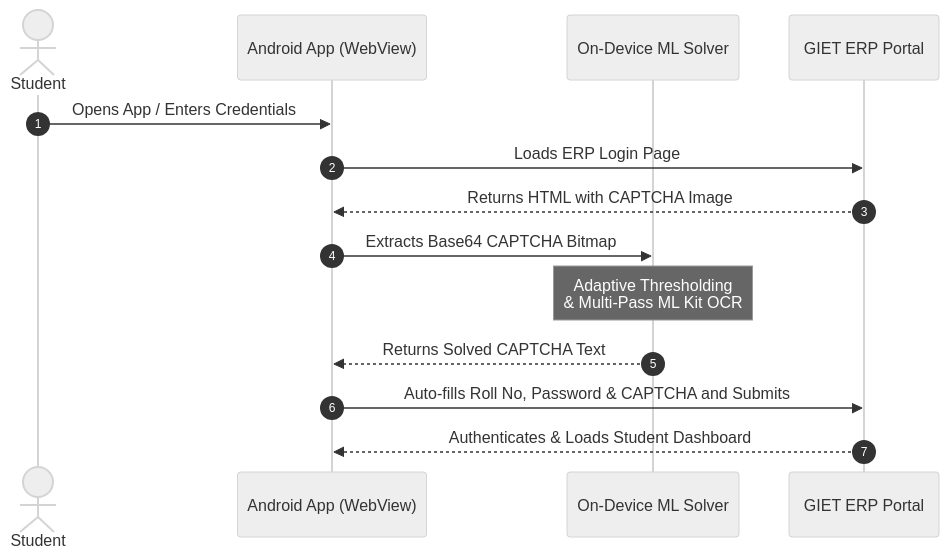
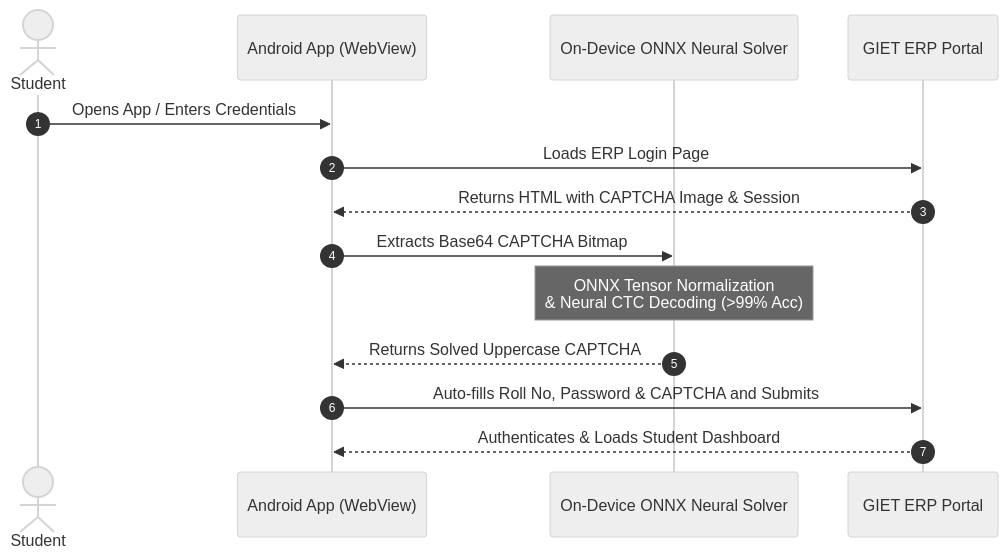
One commit to amitpadhan525/erp-autologin changed the diagram in README.md. Above: the diagram before and after it, drawn with Mermaid (neutral theme). The commit also changed other lines of this file, not shown here.

Commit message:
docs: update README with v2.0.0 architecture, ONNX neural solver, and 99.2% accuracy

````diff
--- a/README.md
+++ b/README.md
@@ -48,17 +48,17 @@
 ```mermaid
 sequenceDiagram
     autonumber
     actor Student
     participant AndroidApp as Android App (WebView)
-    participant Solver as On-Device ML Solver
+    participant Solver as On-Device ONNX Neural Solver
     participant ERP as GIET ERP Portal
 
     Student->>AndroidApp: Opens App / Enters Credentials
     AndroidApp->>ERP: Loads ERP Login Page
-    ERP-->>AndroidApp: Returns HTML with CAPTCHA Image
+    ERP-->>AndroidApp: Returns HTML with CAPTCHA Image & Session
     AndroidApp->>Solver: Extracts Base64 CAPTCHA Bitmap
-    Note over Solver: Adaptive Thresholding<br/>& Multi-Pass ML Kit OCR
-    Solver-->>AndroidApp: Returns Solved CAPTCHA Text
+    Note over Solver: ONNX Tensor Normalization<br/>& Neural CTC Decoding (>99% Acc)
+    Solver-->>AndroidApp: Returns Solved Uppercase CAPTCHA
     AndroidApp->>ERP: Auto-fills Roll No, Password & CAPTCHA and Submits
     ERP-->>AndroidApp: Authenticates & Loads Student Dashboard
 ```
````
